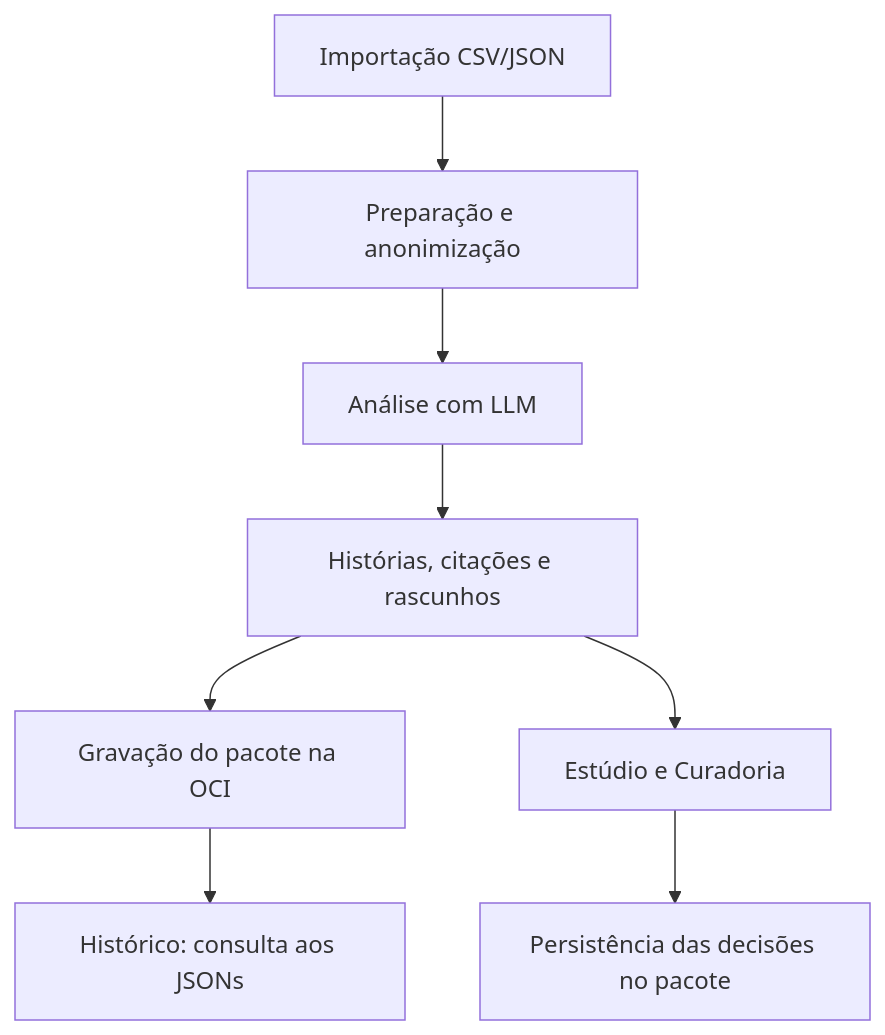
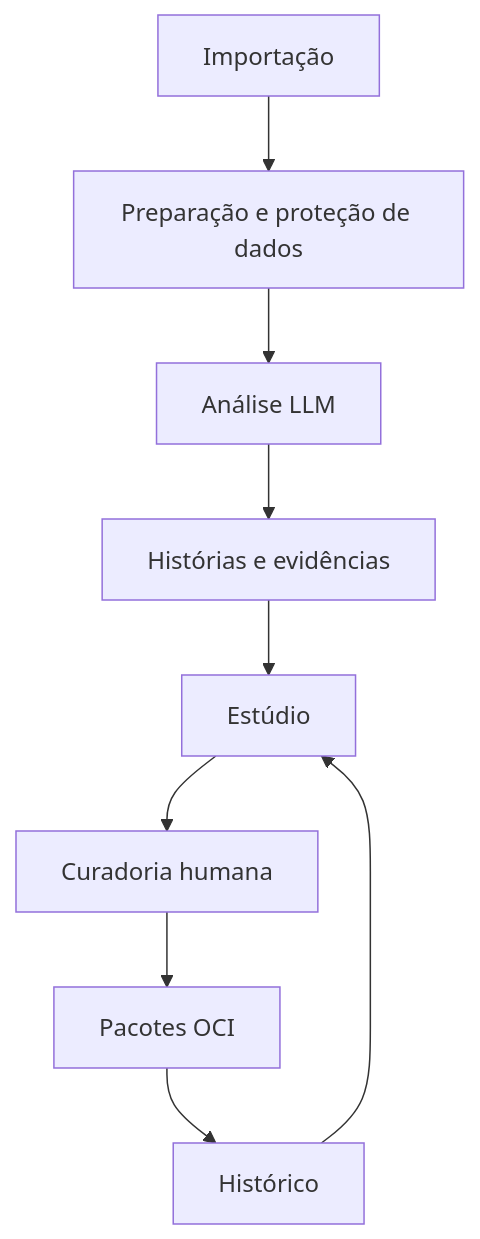
Before and after one commit to No-Country-simulation/G10-Brasil-Equipe-18: the diagram in README.md, drawn with Mermaid. The commit also changed other lines of this file, not shown here.

Commit message:
docs: update CommunityLab positioning and architecture

````diff
--- a/README.md
+++ b/README.md
@@ -78,10 +25,11 @@
 ```mermaid
 flowchart TD
-  A["Importação CSV/JSON"] --> B["Preparação e anonimização"]
-  B --> C["Análise com LLM"]
-  C --> D["Histórias, citações e rascunhos"]
-  D --> E["Gravação do pacote na OCI"]
-  E --> F["Histórico: consulta aos JSONs"]
-  D --> G["Estúdio e Curadoria"]
-  G --> H["Persistência das decisões no pacote"]
+ A[Importação] --> B[Preparação e proteção de dados]
+ B --> C[Análise LLM]
+ C --> D[Histórias e evidências]
+ D --> E[Estúdio]
+ E --> F[Curadoria humana]
+ F --> G[Pacotes OCI]
+ G --> H[Histórico]
+ H --> E
 ```
````
